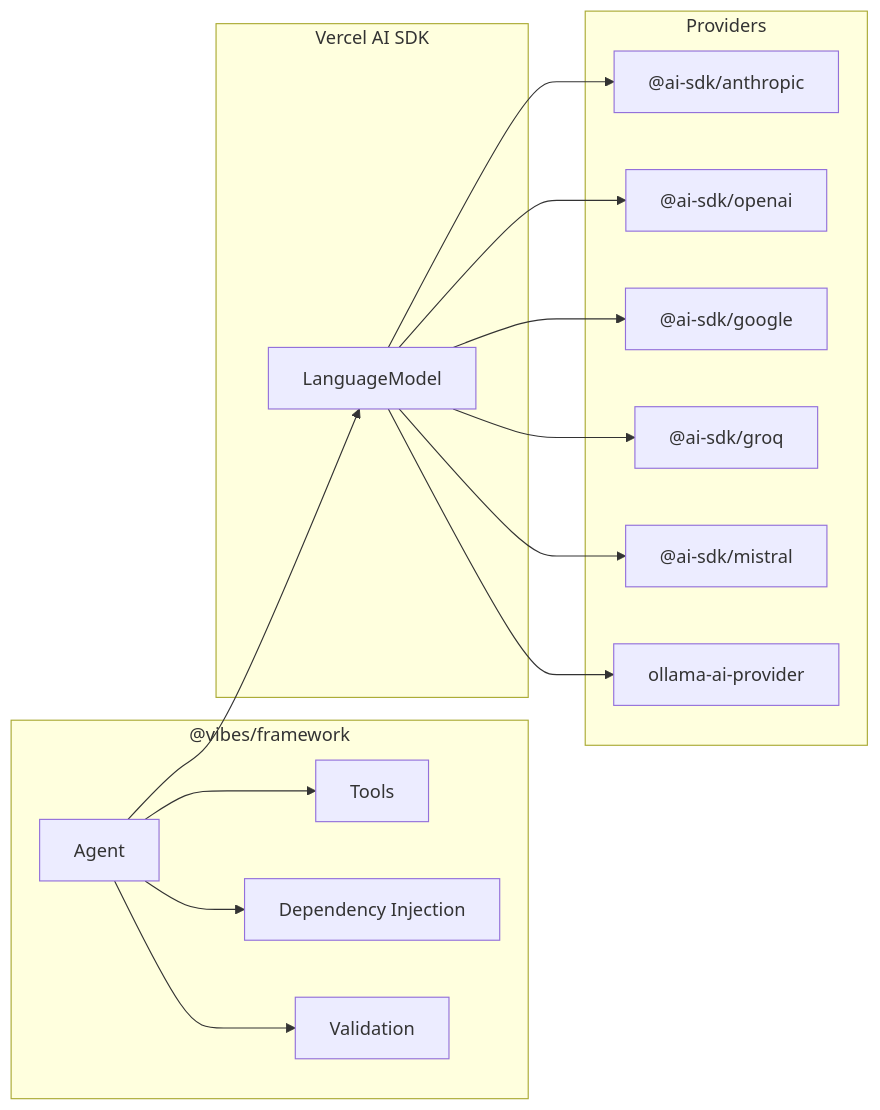
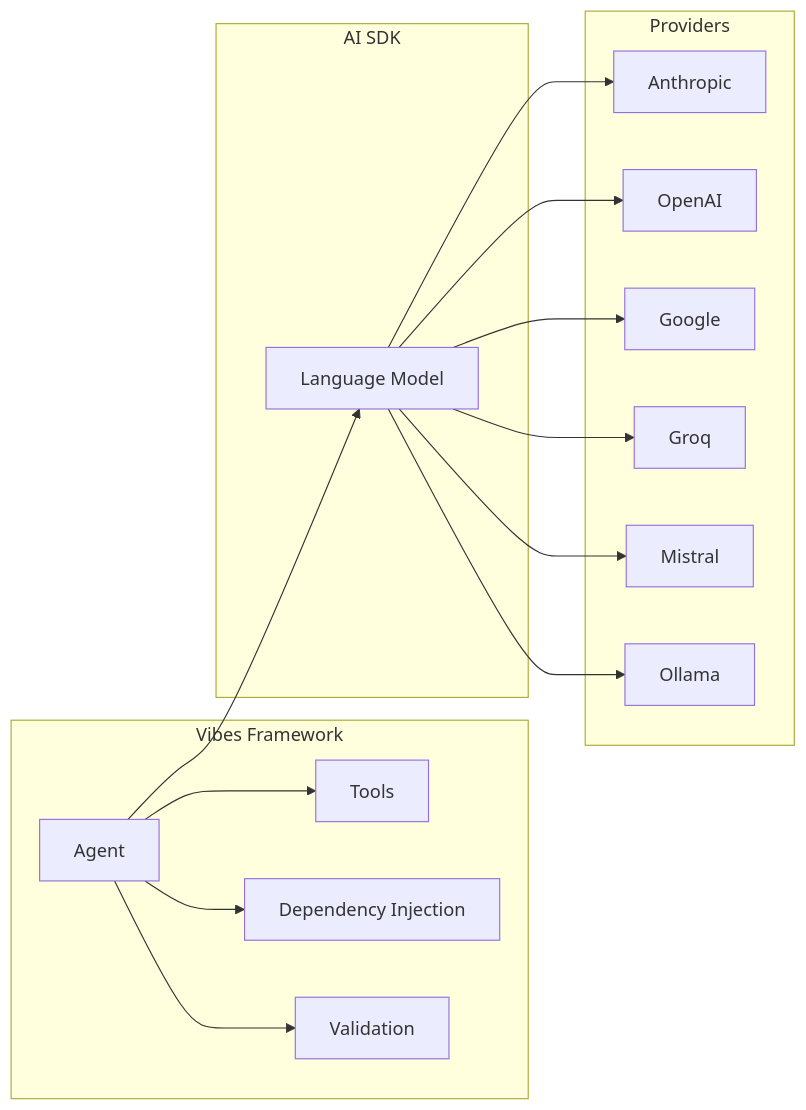
One commit to a7ul/vibes changed the diagram in packages/framework/docs/getting-started/install.mdx. Above: the diagram before and after it, drawn with Mermaid. The commit also changed 26 other files, not shown here.

````diff
--- a/packages/framework/docs/getting-started/install.mdx
+++ b/packages/framework/docs/getting-started/install.mdx
@@ -66,19 +66,19 @@
 ```mermaid
 graph LR
-    subgraph "@vibes/framework"
+    subgraph "Vibes Framework"
         Agent --> Tools
-        Agent --> DI["Dependency Injection"]
+        Agent --> DI[Dependency Injection]
         Agent --> Validation
     end
-    subgraph "Vercel AI SDK"
-        Agent --> Model["LanguageModel"]
+    subgraph "AI SDK"
+        Agent --> Model[Language Model]
     end
     subgraph Providers
-        Model --> Anthropic["@ai-sdk/anthropic"]
-        Model --> OpenAI["@ai-sdk/openai"]
-        Model --> Google["@ai-sdk/google"]
-        Model --> Groq["@ai-sdk/groq"]
-        Model --> Mistral["@ai-sdk/mistral"]
-        Model --> Ollama["ollama-ai-provider"]
+        Model --> Anthropic
+        Model --> OpenAI
+        Model --> Google
+        Model --> Groq
+        Model --> Mistral
+        Model --> Ollama
     end
 ```
````
